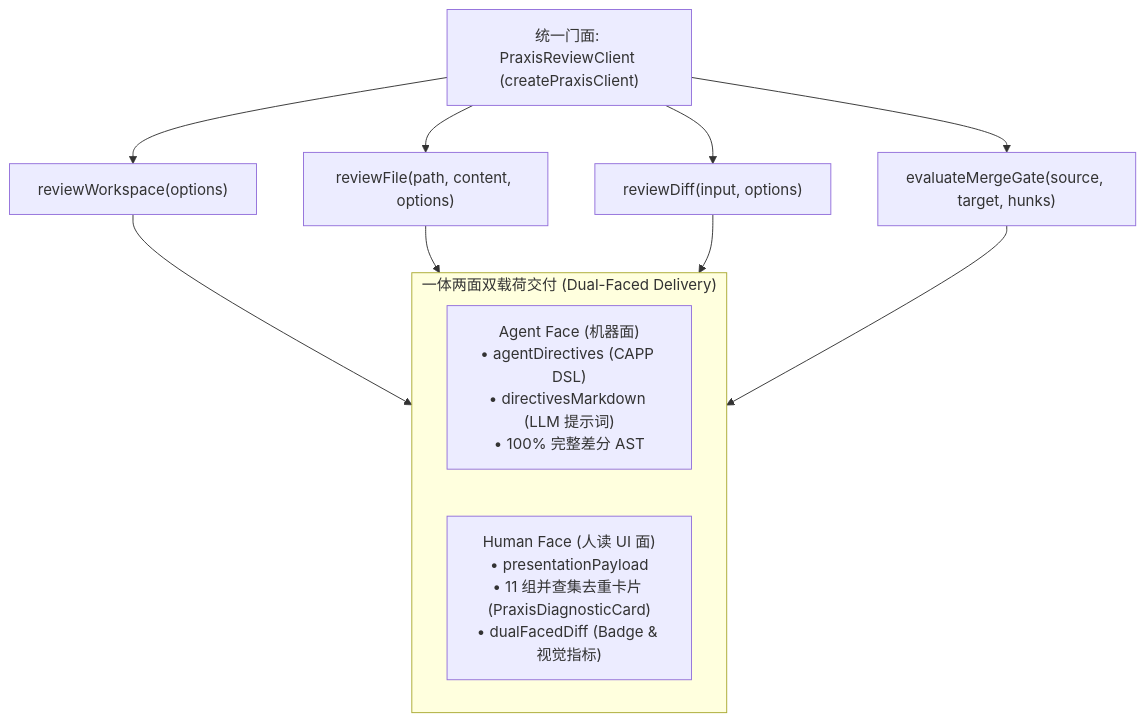
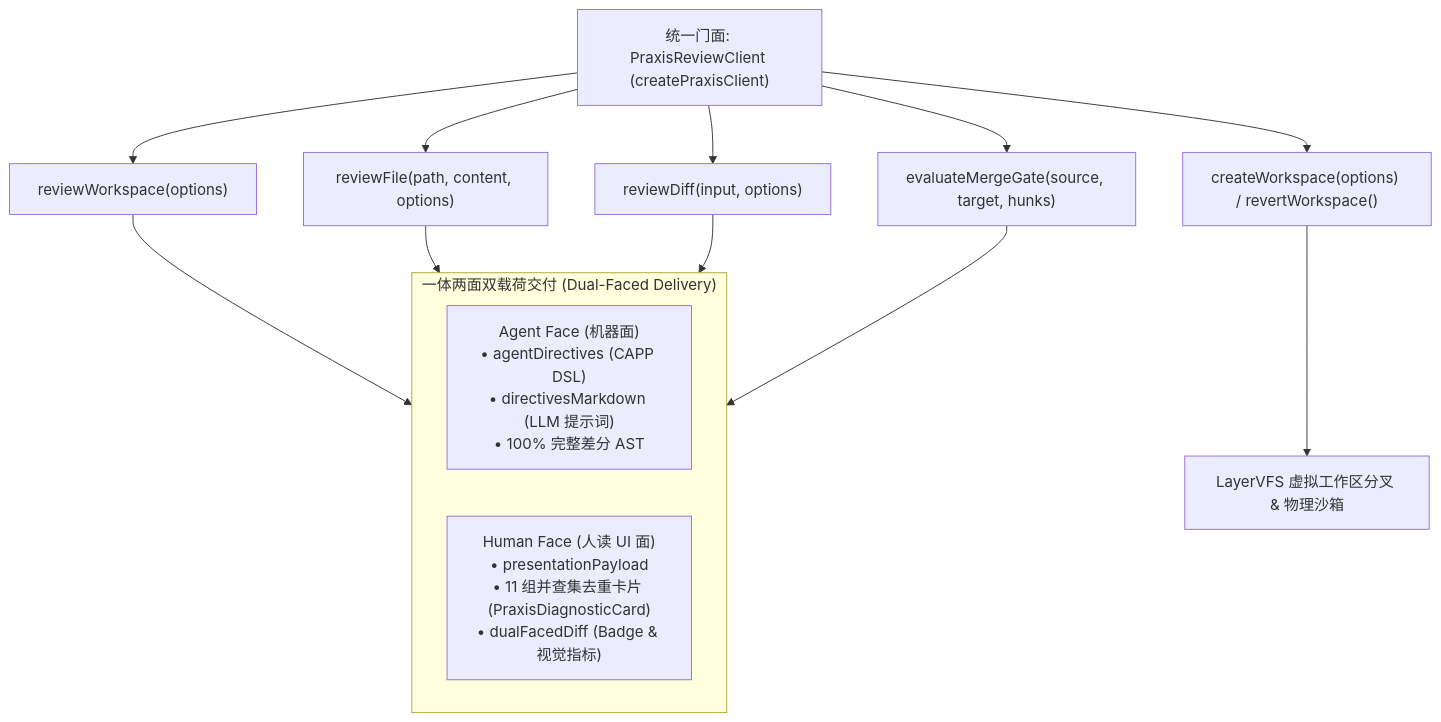
The diagram in auto-refactor/docs/06-praxis-delivery/02-praxis-six-governance-services-api.md (guilingzhouyi-creator/vscode-extensions), drawn with Mermaid before and after one commit. The commit also changed other lines of this file and 26 other files, not shown here.

First line of the commit message:
docs(architecture): 更新全宗架构设计规程与集成交付指引

````diff
--- a/auto-refactor/docs/06-praxis-delivery/02-praxis-six-governance-services-api.md
+++ b/auto-refactor/docs/06-praxis-delivery/02-praxis-six-governance-services-api.md
@@ -28,19 +29,21 @@
 ```mermaid
 flowchart TD
     CLIENT["统一门面: PraxisReviewClient (createPraxisClient)"]
     
     CLIENT --> M1["reviewWorkspace(options)"]
     CLIENT --> M2["reviewFile(path, content, options)"]
     CLIENT --> M3["reviewDiff(input, options)"]
     CLIENT --> M4["evaluateMergeGate(source, target, hunks)"]
+    CLIENT --> M5["createWorkspace(options) / revertWorkspace()"]
     
     subgraph Payloads["一体两面双载荷交付 (Dual-Faced Delivery)"]
         AGENT_FACE["Agent Face (机器面)<br/>• agentDirectives (CAPP DSL)<br/>• directivesMarkdown (LLM 提示词)<br/>• 100% 完整差分 AST"]
         HUMAN_FACE["Human Face (人读 UI 面)<br/>• presentationPayload<br/>• 11 组并查集去重卡片 (PraxisDiagnosticCard)<br/>• dualFacedDiff (Badge & 视觉指标)"]
     end
     
     M1 --> Payloads
     M2 --> Payloads
     M3 --> Payloads
     M4 --> Payloads
+    M5 --> VFS_BOX["LayerVFS 虚拟工作区分叉 & 物理沙箱"]
 ```
````
